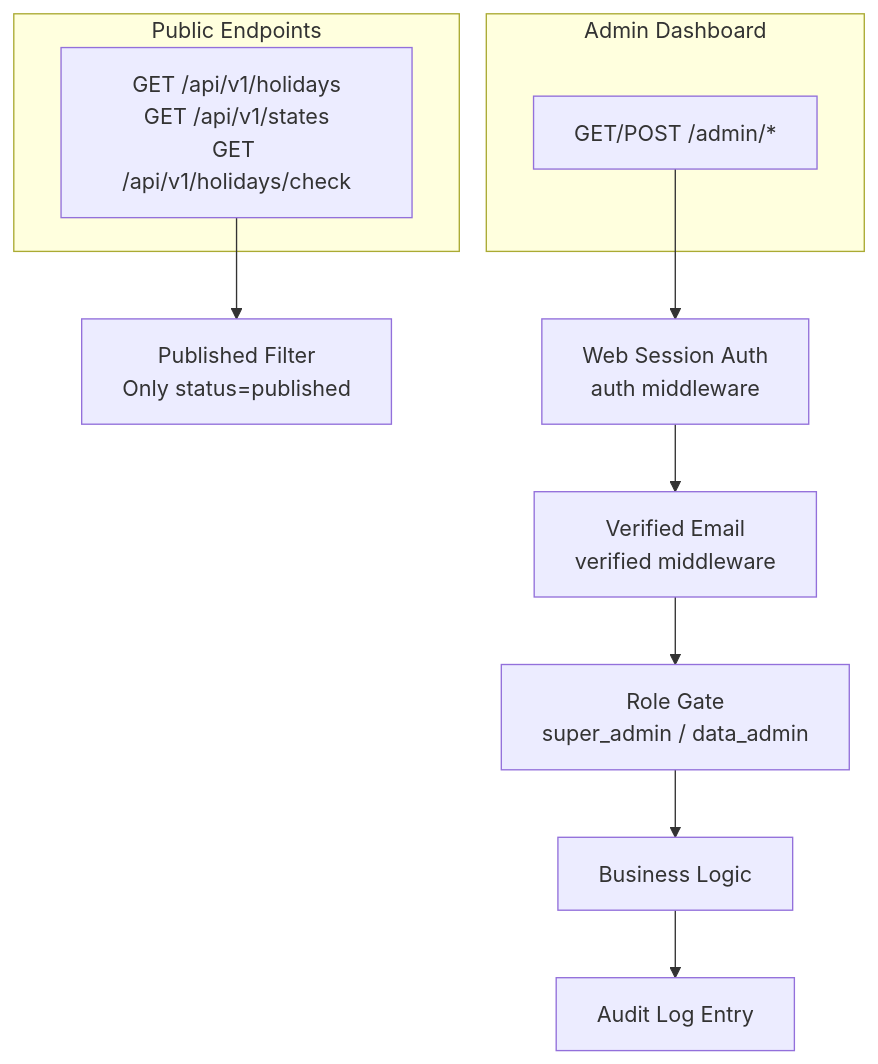
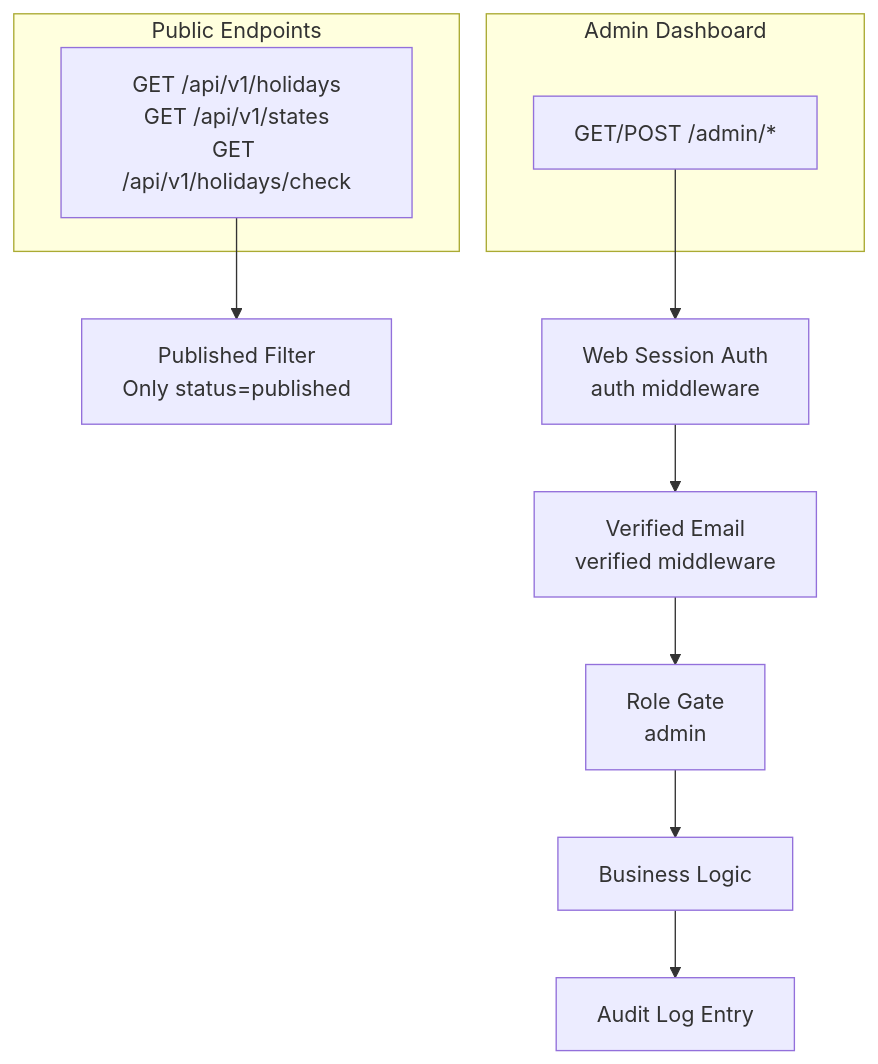
Before and after one commit to DyDxdYdX/malaysia-holiday-api: the fourth of 4 diagrams in docs/01-system-architecture.md, drawn with Mermaid. The commit also changed other lines of this file and 15 other files, not shown here.

````diff
--- a/docs/01-system-architecture.md
+++ b/docs/01-system-architecture.md
@@ -153,18 +153,18 @@
 ```mermaid
 flowchart TB
     subgraph Public["Public Endpoints"]
         PE[GET /api/v1/holidays<br/>GET /api/v1/states<br/>GET /api/v1/holidays/check]
     end
 
     subgraph Admin["Admin Dashboard"]
         AE[GET/POST /admin/*]
     end
 
     PE --> PF[Published Filter<br/>Only status=published]
 
     AE --> SA[Web Session Auth<br/>auth middleware]
     SA --> VE[Verified Email<br/>verified middleware]
-    VE --> RB[Role Gate<br/>super_admin / data_admin]
+    VE --> RB[Role Gate<br/>admin]
     RB --> BL[Business Logic]
     BL --> AL[Audit Log Entry]
 ```
````
